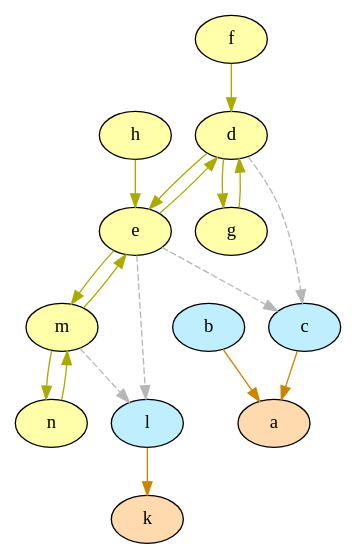
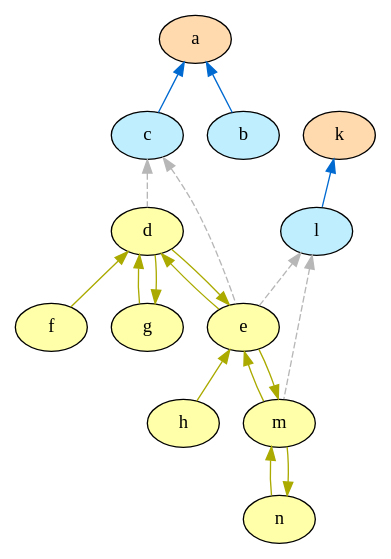
Before and after one commit to idaks/Games-and-Argumentation: the diagram in XLoKR-V2/output/argu_graph_node_colored_edge_colored.dot, drawn with Graphviz. The commit also changed 8 other files, not shown here.

```diff
--- a/XLoKR-V2/output/argu_graph_node_colored_edge_colored.dot
+++ b/XLoKR-V2/output/argu_graph_node_colored_edge_colored.dot
@@ -1,64 +1,64 @@
 strict digraph "" {
+	a	[fillcolor="#ffdaaf",
+		style=filled];
 	b	[fillcolor="#bfefff",
 		style=filled];
-	a	[fillcolor="#ffdaaf",
-		style=filled];
-	b -> a	[color="#cc8400",
-		dir=forward];
+	a -> b	[color="#006ad1",
+		dir=back];
 	c	[fillcolor="#bfefff",
 		style=filled];
-	c -> a	[color="#cc8400",
-		dir=forward];
-	l	[fillcolor="#bfefff",
-		style=filled];
-	k	[fillcolor="#ffdaaf",
-		style=filled];
-	l -> k	[color="#cc8400",
-		dir=forward];
+	a -> c	[color="#006ad1",
+		dir=back];
 	d	[fillcolor="#FFFFAA",
 		style=filled];
-	d -> c	[color="#b7b7b7",
-		dir=forward,
+	c -> d	[color="#b7b7b7",
+		dir=back,
 		style=dashed];
 	e	[fillcolor="#FFFFAA",
 		style=filled];
+	c -> e	[color="#b7b7b7",
+		dir=back,
+		style=dashed];
 	d -> e	[color="#AAAA00",
-		dir=forward];
+		dir=back];
 	g	[fillcolor="#FFFFAA",
 		style=filled];
 	d -> g	[color="#AAAA00",
-		dir=forward];
-	e -> c	[color="#b7b7b7",
-		dir=forward,
-		style=dashed];
-	e -> l	[color="#b7b7b7",
-		dir=forward,
-		style=dashed];
+		dir=back];
+	f	[fillcolor="#FFFFAA",
+		style=filled];
+	d -> f	[color="#AAAA00",
+		dir=back];
 	e -> d	[color="#AAAA00",
-		dir=forward];
+		dir=back];
 	m	[fillcolor="#FFFFAA",
 		style=filled];
 	e -> m	[color="#AAAA00",
-		dir=forward];
+		dir=back];
+	h	[fillcolor="#FFFFAA",
+		style=filled];
+	e -> h	[color="#AAAA00",
+		dir=back];
 	g -> d	[color="#AAAA00",
-		dir=forward];
-	m -> l	[color="#b7b7b7",
-		dir=forward,
-		style=dashed];
+		dir=back];
 	m -> e	[color="#AAAA00",
-		dir=forward];
+		dir=back];
 	n	[fillcolor="#FFFFAA",
 		style=filled];
 	m -> n	[color="#AAAA00",
-		dir=forward];
+		dir=back];
+	k	[fillcolor="#ffdaaf",
+		style=filled];
+	l	[fillcolor="#bfefff",
+		style=filled];
+	k -> l	[color="#006ad1",
+		dir=back];
+	l -> e	[color="#b7b7b7",
+		dir=back,
+		style=dashed];
+	l -> m	[color="#b7b7b7",
+		dir=back,
+		style=dashed];
 	n -> m	[color="#AAAA00",
-		dir=forward];
-	f	[fillcolor="#FFFFAA",
-		style=filled];
-	f -> d	[color="#AAAA00",
-		dir=forward];
-	h	[fillcolor="#FFFFAA",
-		style=filled];
-	h -> e	[color="#AAAA00",
-		dir=forward];
+		dir=back];
 }
```
